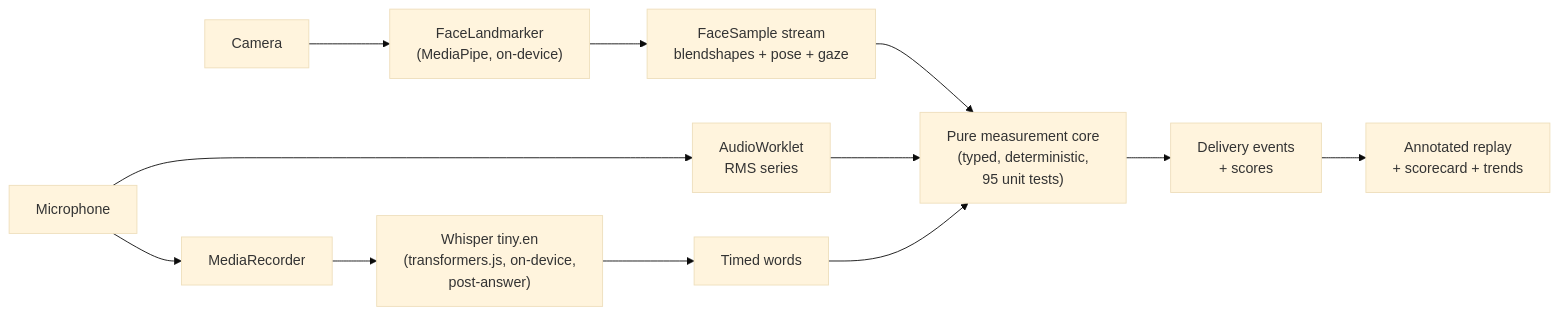
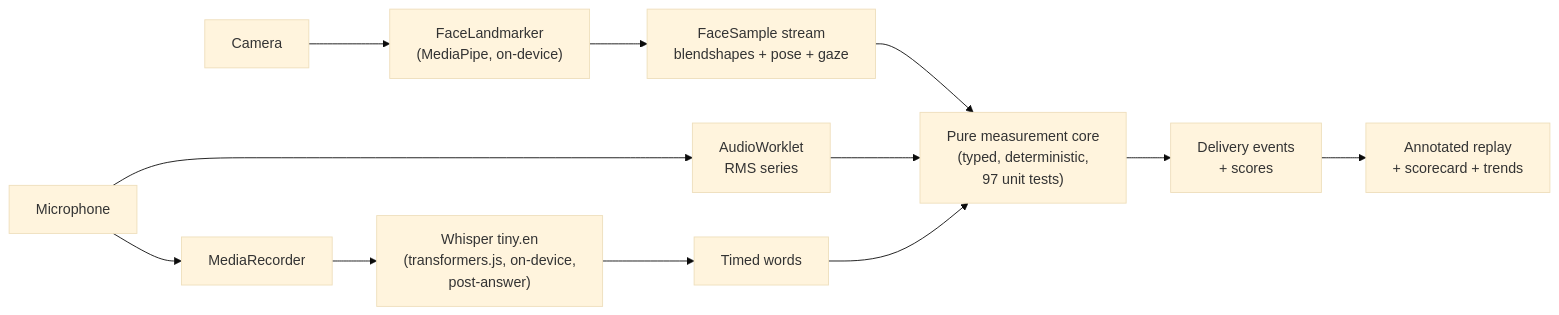
Before and after one commit to Leo-Y-Zhang/Understudy: the diagram in README.md, drawn with Mermaid (base theme). The commit also changed other lines of this file and 5 other files, not shown here.

````diff
--- a/README.md
+++ b/README.md
@@ -55,14 +55,14 @@
 ```mermaid
 flowchart LR
     cam[Camera] --> fl["FaceLandmarker\n(MediaPipe, on-device)"]
     fl --> fs["FaceSample stream\nblendshapes + pose + gaze"]
     mic[Microphone] --> rms["AudioWorklet\nRMS series"]
     mic --> rec[MediaRecorder]
     rec --> wh["Whisper tiny.en\n(transformers.js, on-device,\npost-answer)"]
     wh --> words["Timed words"]
     fs --> core
     rms --> core
     words --> core
-    core["Pure measurement core\n(typed, deterministic,\n95 unit tests)"] --> ev["Delivery events\n+ scores"]
+    core["Pure measurement core\n(typed, deterministic,\n97 unit tests)"] --> ev["Delivery events\n+ scores"]
     ev --> replay["Annotated replay\n+ scorecard + trends"]
 ```
````
